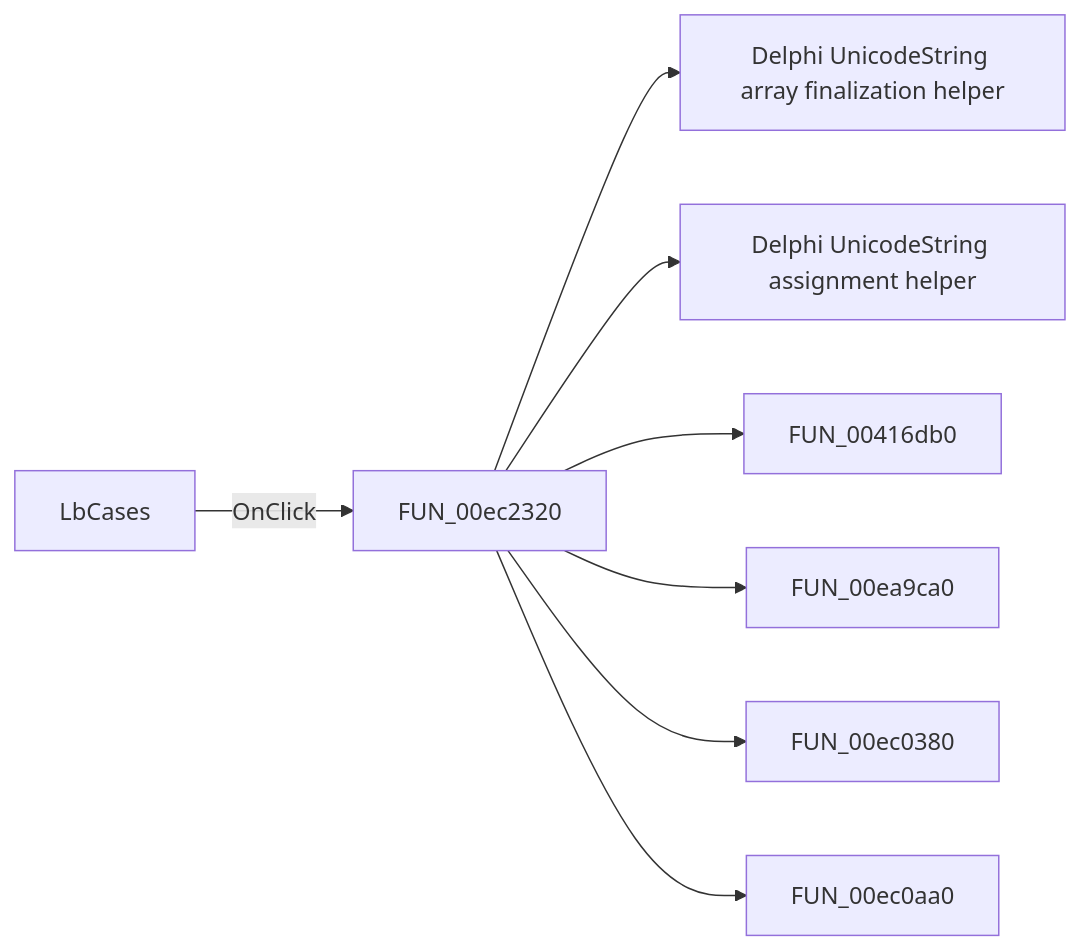
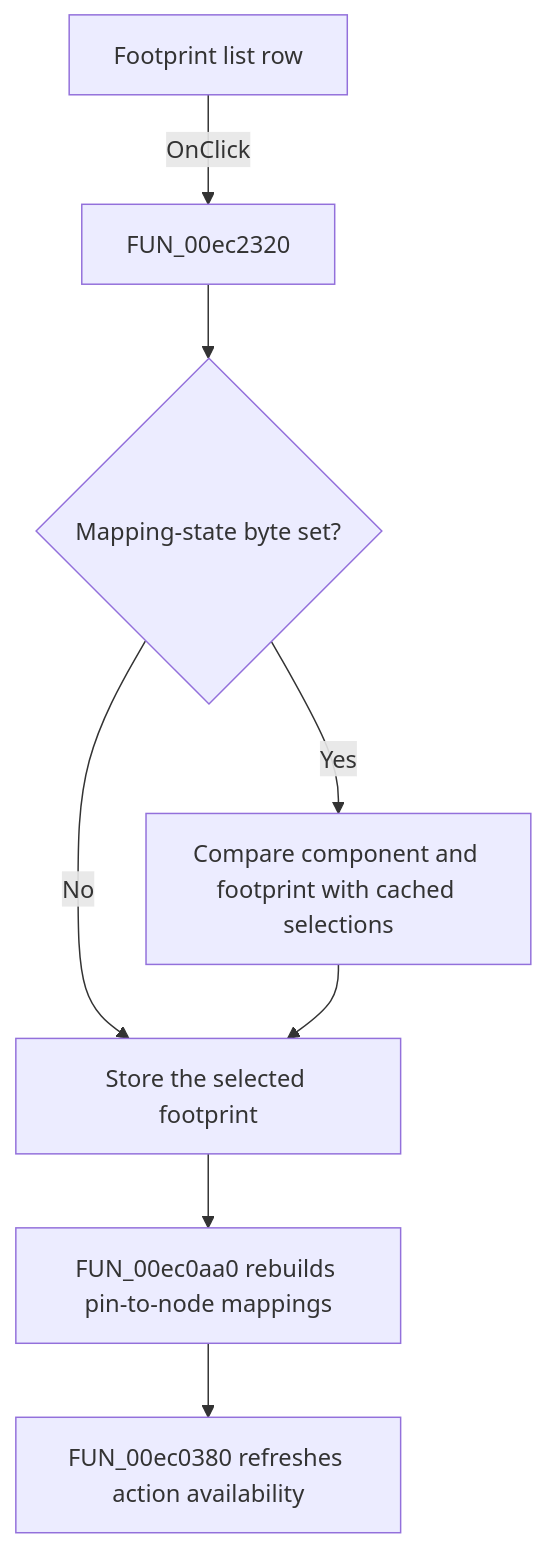
One commit to MovGP0/TIARA changed the diagram in docs/ui-controls/pcbform4/lbcases-c186516a43.md. Above: the diagram before and after it, drawn with Mermaid. The commit also changed other lines of this file and 1062 other files, not shown here.

````diff
--- a/docs/ui-controls/pcbform4/lbcases-c186516a43.md
+++ b/docs/ui-controls/pcbform4/lbcases-c186516a43.md
@@ -27,10 +31,10 @@
 ```mermaid
-flowchart LR
-    control["LbCases"] -->|OnClick| handler["FUN_00ec2320"]
-    handler --> call1["Delphi UnicodeString array finalization helper"]
-    handler --> call2["Delphi UnicodeString assignment helper"]
-    handler --> call3["FUN_00416db0"]
-    handler --> call4["FUN_00ea9ca0"]
-    handler --> call5["FUN_00ec0380"]
-    handler --> call6["FUN_00ec0aa0"]
+flowchart TD
+    control["Footprint list row"] -->|OnClick| handler["FUN_00ec2320"]
+    handler --> guard{"Mapping-state byte set?"}
+    guard -->|Yes| compare["Compare component and footprint with cached selections"]
+    guard -->|No| cache["Store the selected footprint"]
+    compare --> cache
+    cache --> rebuild["FUN_00ec0aa0 rebuilds pin-to-node mappings"]
+    rebuild --> refresh["FUN_00ec0380 refreshes action availability"]
 ```
````
